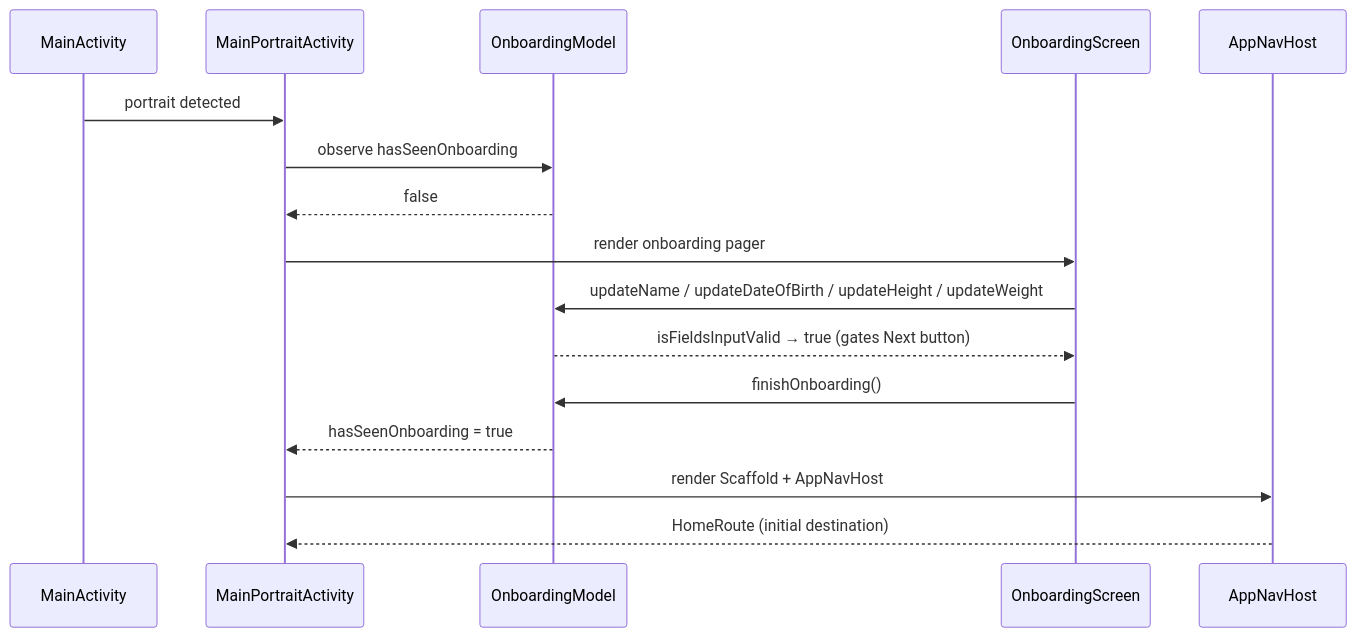
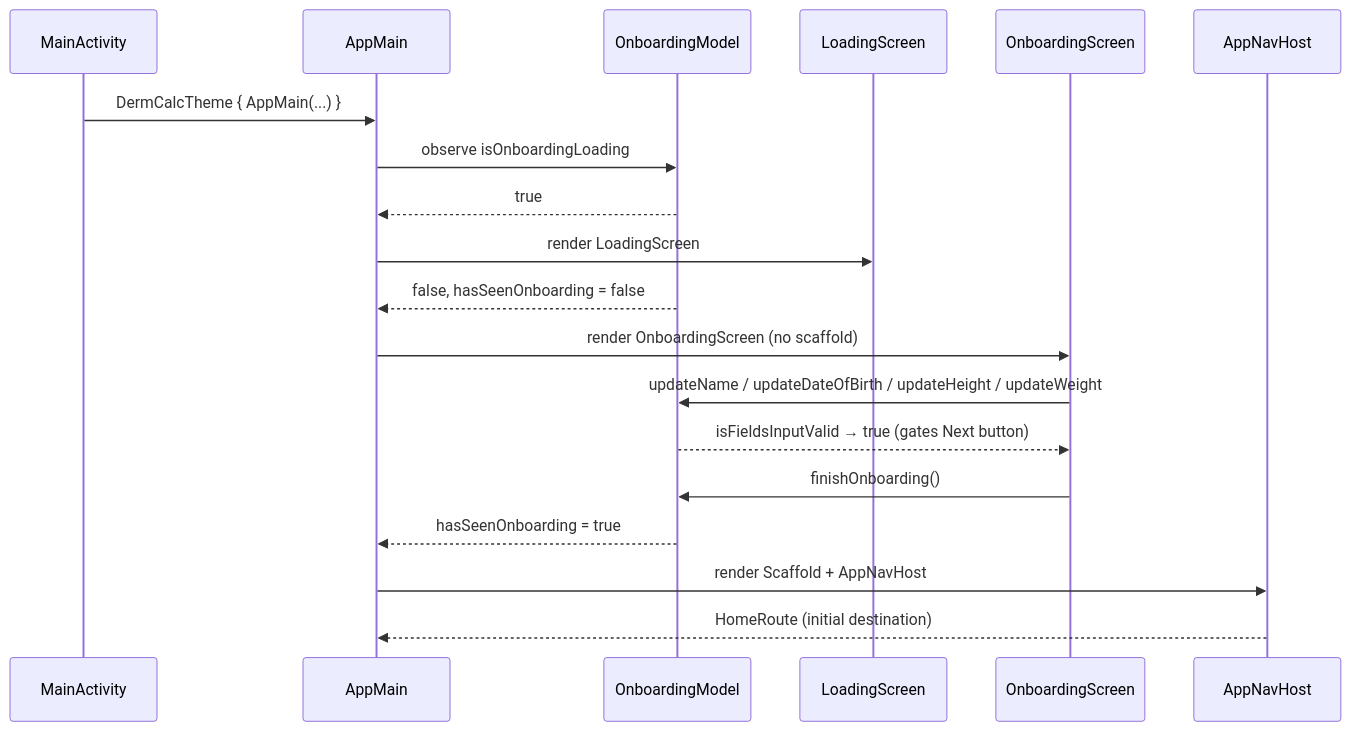
The first of 3 diagrams in README.md (lcavagnari/DermCalc), drawn with Mermaid before and after one commit. The commit also changed other lines of this file, not shown here.

````diff
--- a/README.md
+++ b/README.md
@@ -38,19 +45,22 @@
 ```mermaid
 sequenceDiagram
     participant MA as MainActivity
-    participant MPA as MainPortraitActivity
+    participant AM as AppMain
     participant OM as OnboardingModel
+    participant LS as LoadingScreen
     participant ONB as OnboardingScreen
     participant NH as AppNavHost
 
-    MA->>MPA: portrait detected
-    MPA->>OM: observe hasSeenOnboarding
-    OM-->>MPA: false
-    MPA->>ONB: render onboarding pager
+    MA->>AM: DermCalcTheme { AppMain(...) }
+    AM->>OM: observe isOnboardingLoading
+    OM-->>AM: true
+    AM->>LS: render LoadingScreen
+    OM-->>AM: false, hasSeenOnboarding = false
+    AM->>ONB: render OnboardingScreen (no scaffold)
     ONB->>OM: updateName / updateDateOfBirth / updateHeight / updateWeight
     OM-->>ONB: isFieldsInputValid → true (gates Next button)
     ONB->>OM: finishOnboarding()
-    OM-->>MPA: hasSeenOnboarding = true
-    MPA->>NH: render Scaffold + AppNavHost
-    NH-->>MPA: HomeRoute (initial destination)
+    OM-->>AM: hasSeenOnboarding = true
+    AM->>NH: render Scaffold + AppNavHost
+    NH-->>AM: HomeRoute (initial destination)
 ```
````
